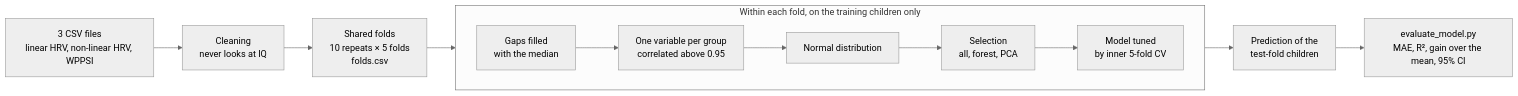
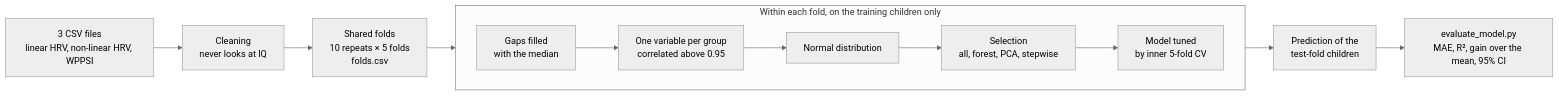
The first of 2 diagrams in GroupA/Jade/README.md (1p0tato1/FSIQ-from-ECG), drawn with Mermaid (neutral theme) before and after one commit. The commit also changed other lines of this file and 15 other files, not shown here.

````diff
--- a/GroupA/Jade/README.md
+++ b/GroupA/Jade/README.md
@@ -132,12 +103,12 @@
 ```mermaid
 flowchart LR
     A["3 CSV files<br/>linear HRV, non-linear HRV, WPPSI"] --> B["Cleaning<br/>never looks at IQ"]
     B --> C["Shared folds<br/>10 repeats × 5 folds<br/>folds.csv"]
     C --> S
     subgraph S ["Within each fold, on the training children only"]
         direction LR
-        D["Gaps filled<br/>with the median"] --> E["One variable per group<br/>correlated above 0.95"] --> F["Normal distribution"] --> G["Selection<br/>all, forest, PCA"] --> H["Model tuned<br/>by inner 5-fold CV"]
+        D["Gaps filled<br/>with the median"] --> E["One variable per group<br/>correlated above 0.95"] --> F["Normal distribution"] --> G["Selection<br/>all, forest, PCA, stepwise"] --> H["Model tuned<br/>by inner 5-fold CV"]
     end
     S --> I["Prediction of the<br/>test-fold children"]
     I --> J["evaluate_model.py<br/>MAE, R², gain over the mean, 95% CI"]
 ```
````
